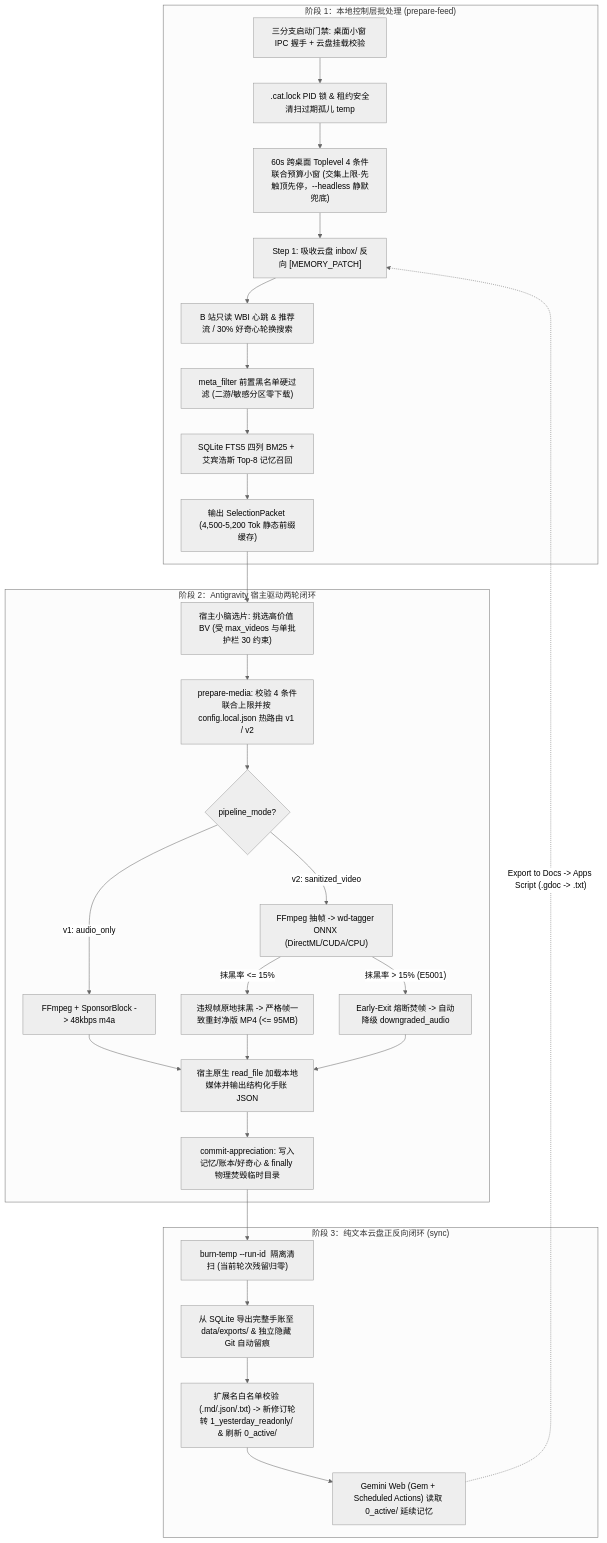
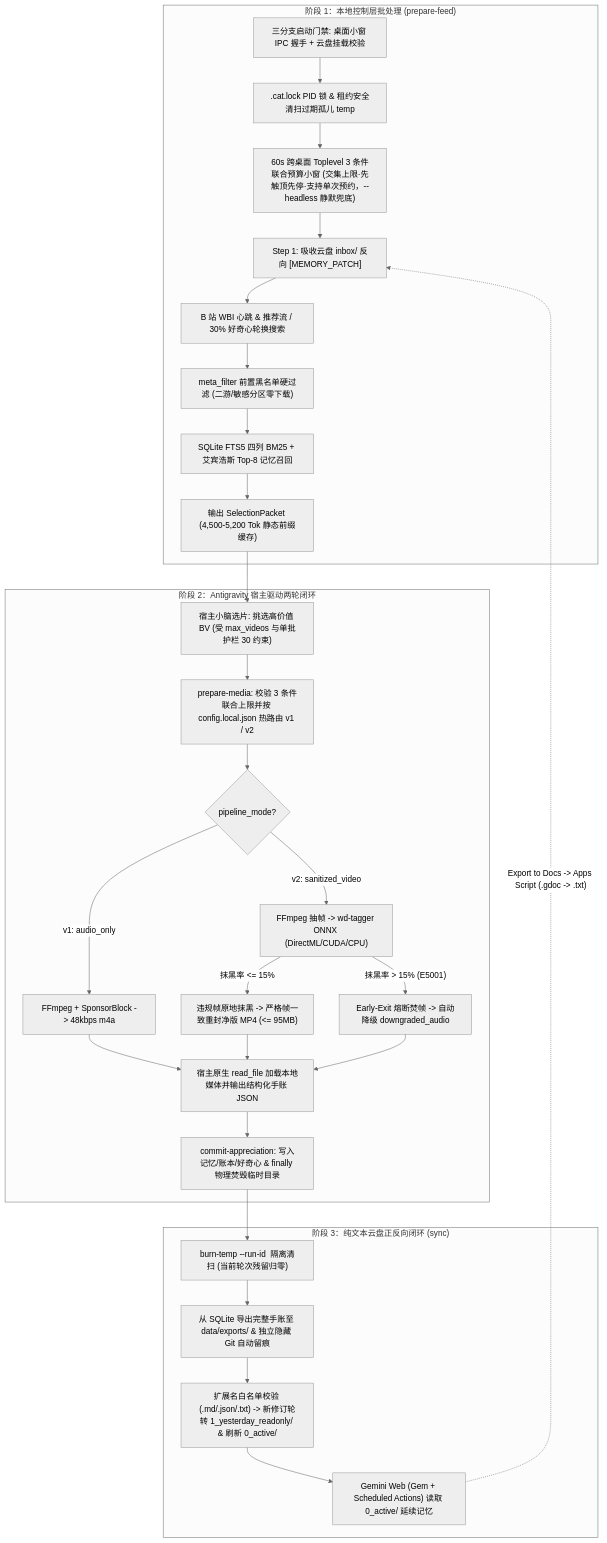
One commit to e-ter-nal/GeminiNest changed the diagram in README.md. Above: the diagram before and after it, drawn with Mermaid (neutral theme). The commit also changed other lines of this file and 22 other files, not shown here.

````diff
--- a/README.md
+++ b/README.md
@@ -73,34 +73,34 @@
 ```mermaid
 flowchart TD
     subgraph Step1["阶段 1：本地控制层批处理 (prepare-feed)"]
         A["三分支启动门禁: 桌面小窗 IPC 握手 + 云盘挂载校验"] --> B[".cat.lock PID 锁 & 租约安全清扫过期孤儿 temp"]
-        B --> C["60s 跨桌面 Toplevel 4 条件联合预算小窗 (交集上限·先触顶先停，--headless 静默兜底)"]
+        B --> C["60s 跨桌面 Toplevel 3 条件联合预算小窗 (交集上限·先触顶先停·支持单次预约，--headless 静默兜底)"]
         C --> D["Step 1: 吸收云盘 inbox/ 反向 [MEMORY_PATCH]"]
-        D --> E["B 站只读 WBI 心跳 & 推荐流 / 30% 好奇心轮换搜索"]
+        D --> E["B 站 WBI 心跳 & 推荐流 / 30% 好奇心轮换搜索"]
         E --> F["meta_filter 前置黑名单硬过滤 (二游/敏感分区零下载)"]
         F --> G["SQLite FTS5 四列 BM25 + 艾宾浩斯 Top-8 记忆召回"]
         G --> H["输出 SelectionPacket (4,500-5,200 Tok 静态前缀缓存)"]
     end
 
     subgraph Step2["阶段 2：Antigravity 宿主驱动两轮闭环"]
         H --> I["宿主小脑选片: 挑选高价值 BV (受 max_videos 与单批护栏 30 约束)"]
-        I --> J["prepare-media: 校验 4 条件联合上限并按 config.local.json 热路由 v1 / v2"]
+        I --> J["prepare-media: 校验 3 条件联合上限并按 config.local.json 热路由 v1 / v2"]
         J --> K{"pipeline_mode?"}
         K -- "v1: audio_only" --> L["FFmpeg + SponsorBlock -> 48kbps m4a"]
         K -- "v2: sanitized_video" --> M["FFmpeg 抽帧 -> wd-tagger ONNX (DirectML/CUDA/CPU)"]
         M -- "抹黑率 <= 15%" --> N["违规帧原地抹黑 -> 严格帧一致重封净版 MP4 (<= 95MB)"]
         M -- "抹黑率 > 15% (E5001)" --> O["Early-Exit 熔断焚帧 -> 自动降级 downgraded_audio"]
         L --> P["宿主原生 read_file 加载本地媒体并输出结构化手账 JSON"]
         N --> P
         O --> P
         P --> Q["commit-appreciation: 写入记忆/账本/好奇心 & finally 物理焚毁临时目录"]
     end
 
     subgraph Step3["阶段 3：纯文本云盘正反向闭环 (sync)"]
         Q --> R["burn-temp --run-id <run_id> 隔离清扫 (当前轮次残留归零)"]
         R --> S["从 SQLite 导出完整手账至 data/exports/ & 独立隐藏 Git 自动留痕"]
         S --> T["扩展名白名单校验 (.md/.json/.txt) -> 新修订轮转 1_yesterday_readonly/ & 刷新 0_active/"]
         T --> U["Gemini Web (Gem + Scheduled Actions) 读取 0_active/ 延续记忆"]
         U -. "Export to Docs -> Apps Script (.gdoc -> .txt)" .-> D
     end
 ```
````
